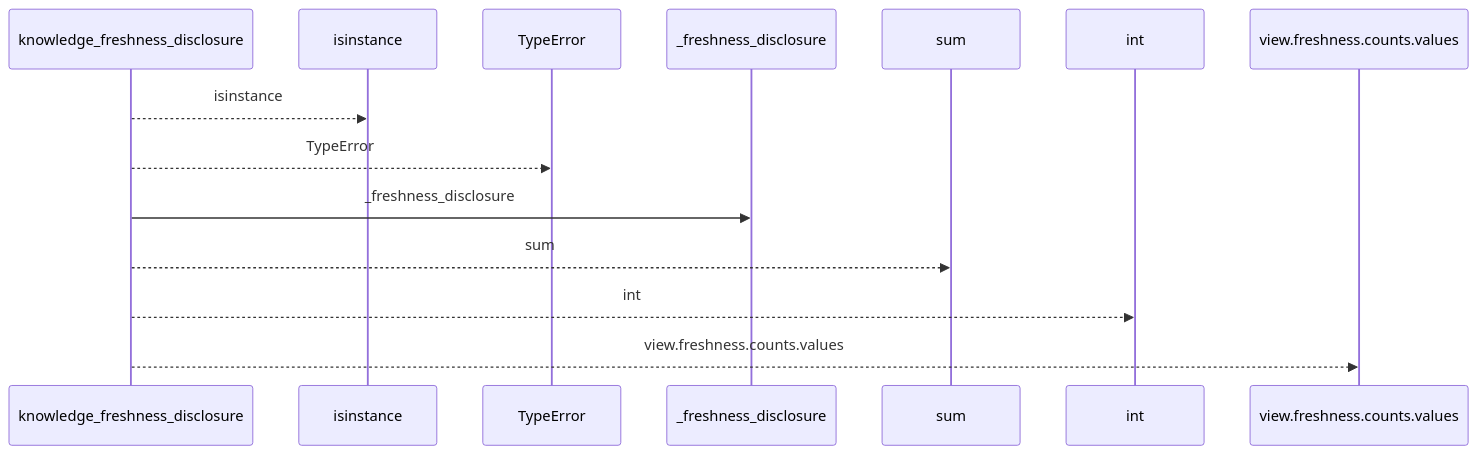
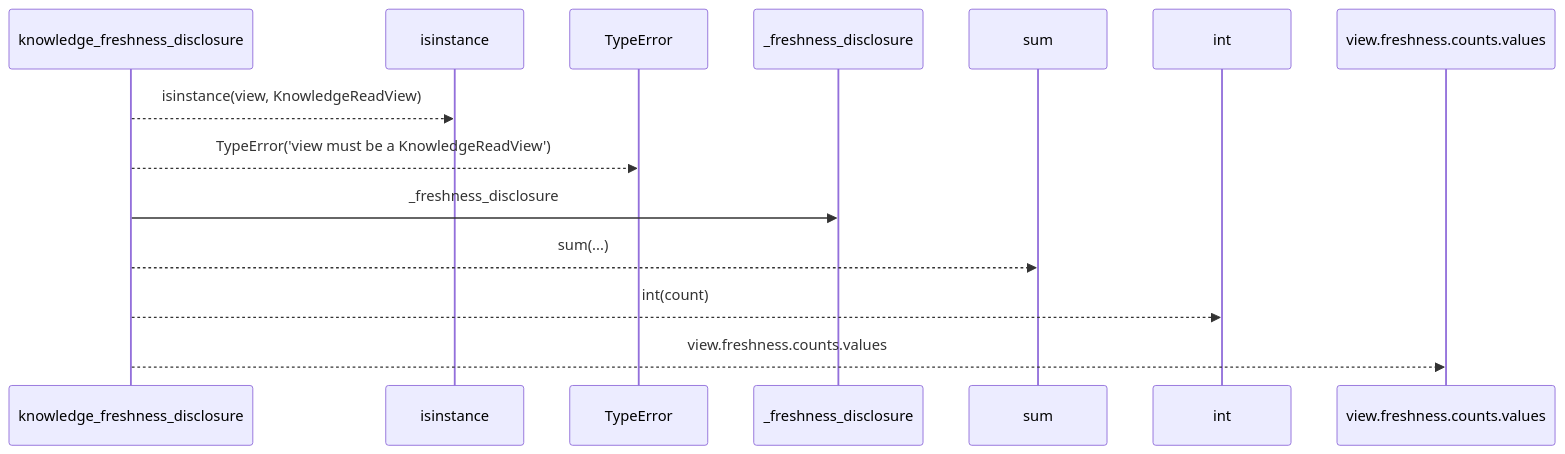
The first of 2 diagrams in docs/llm_wiki/flows/api-knowledge_freshness_disclosure.md (Denissvgn/python-wiki-llm), drawn with Mermaid before and after one commit. The commit also changed other lines of this file and 1410 other files, not shown here.

````diff
--- a/docs/llm_wiki/flows/api-knowledge_freshness_disclosure.md
+++ b/docs/llm_wiki/flows/api-knowledge_freshness_disclosure.md
@@ -10,16 +12,16 @@
 ```mermaid
 sequenceDiagram
     participant p0 as knowledge_freshness_disclosure
     participant p1 as isinstance
     participant p2 as TypeError
     participant p3 as _freshness_disclosure
     participant p4 as sum
     participant p5 as int
     participant p6 as view.freshness.counts.values
-    p0-->>p1: isinstance
-    p0-->>p2: TypeError
+    p0-->>p1: isinstance(view, KnowledgeReadView)
+    p0-->>p2: TypeError('view must be a KnowledgeReadView')
     p0->>p3: _freshness_disclosure
-    p0-->>p4: sum
-    p0-->>p5: int
+    p0-->>p4: sum(...)
+    p0-->>p5: int(count)
     p0-->>p6: view.freshness.counts.values
 ```
````
